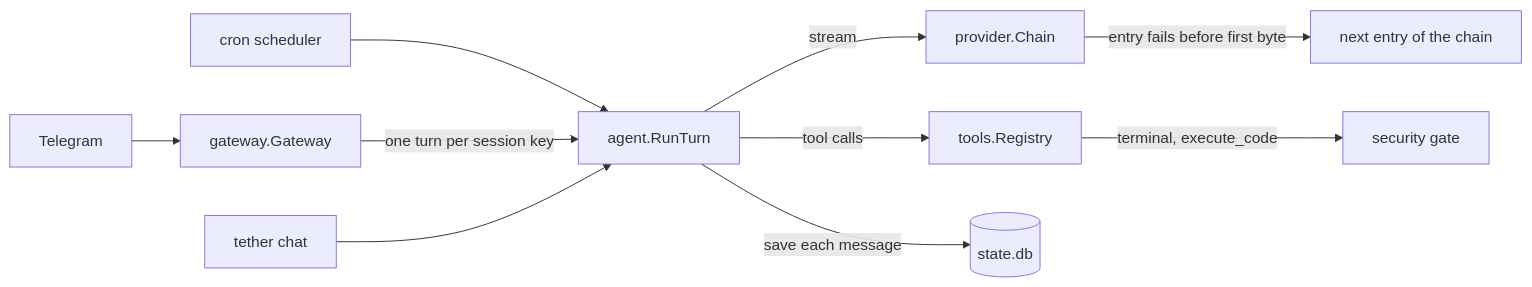
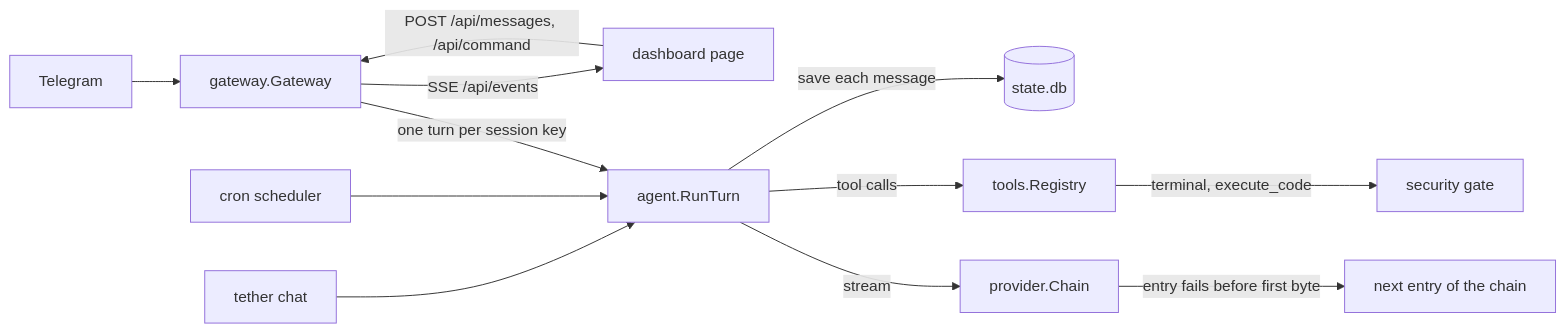
The diagram in docs/wiki/How-It-Works.md (dnwandana/tether-agent), drawn with Mermaid before and after one commit. The commit also changed other lines of this file and 13 other files, not shown here.

````diff
--- a/docs/wiki/How-It-Works.md
+++ b/docs/wiki/How-It-Works.md
@@ -48,12 +55,14 @@
 ```mermaid
 flowchart LR
     TG[Telegram] --> GW[gateway.Gateway]
     CRON[cron scheduler] --> AG
     GW -->|one turn per session key| AG[agent.RunTurn]
     CLI[tether chat] --> AG
+    DASH[dashboard page] -->|POST /api/messages, /api/command| GW
+    GW -->|SSE /api/events| DASH
     AG -->|stream| PR[provider.Chain]
     PR -->|entry fails before first byte| FB[next entry of the chain]
     AG -->|tool calls| TR[tools.Registry]
     TR -->|terminal, execute_code| SG[security gate]
     AG -->|save each message| DB[(state.db)]
 ```
````
